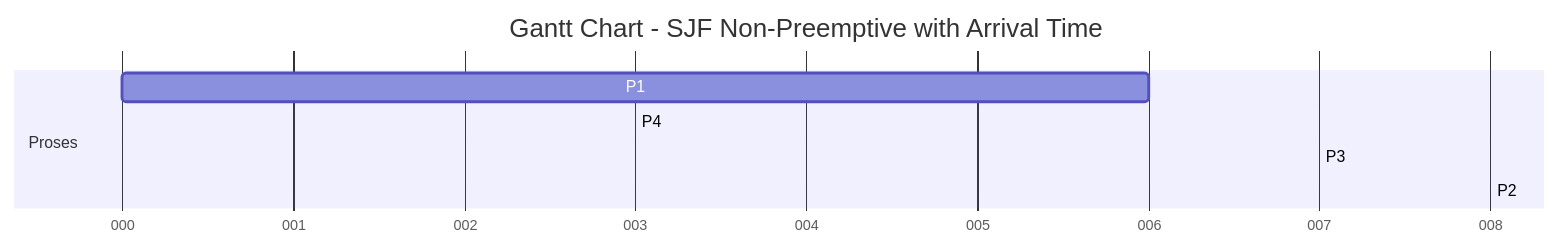
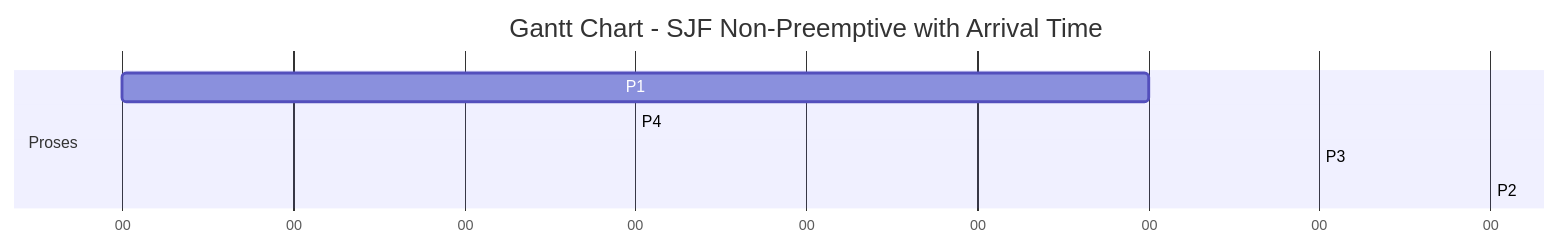
Before and after one commit to Khoirul-Yardan/SisOp-2025: the second of 2 diagrams in pertemuan9/README.md, drawn with Mermaid. The commit also changed other lines of this file and 1 other file, not shown here.

````diff
--- a/pertemuan9/README.md
+++ b/pertemuan9/README.md
@@ -279,11 +289,11 @@
 ```mermaid
 gantt
     title Gantt Chart - SJF Non-Preemptive with Arrival Time
     dateFormat  x
-    axisFormat  %L
+    axisFormat  %S
     section Proses
     P1 : 0, 6
     P4 : 6, 3
     P3 : 9, 7
     P2 : 16, 8
 ```
````
